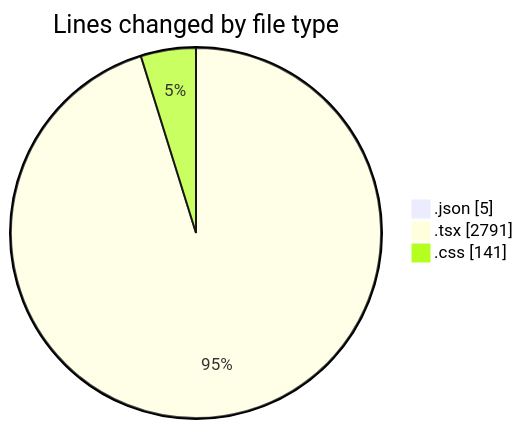
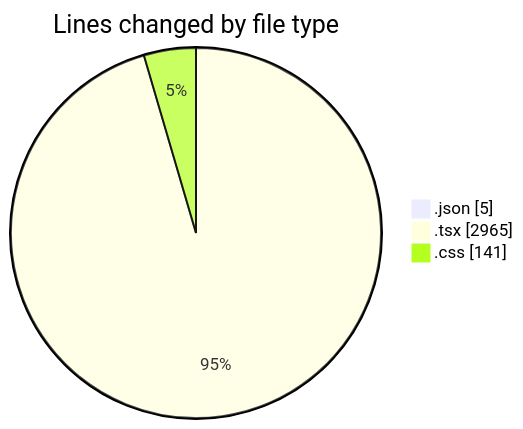
The first of 2 diagrams in 2025-05-29/advertise/README.md (Elitesun/code-tracking), drawn with Mermaid before and after one commit. The commit also changed other lines of this file and 1 other file, not shown here.

````diff
--- a/2025-05-29/advertise/README.md
+++ b/2025-05-29/advertise/README.md
@@ -27,7 +28,7 @@
 ```mermaid
 pie showData
 title Lines changed by file type
 ".json" : 5
-".tsx" : 2791
+".tsx" : 2965
 ".css" : 141
 ```
````
